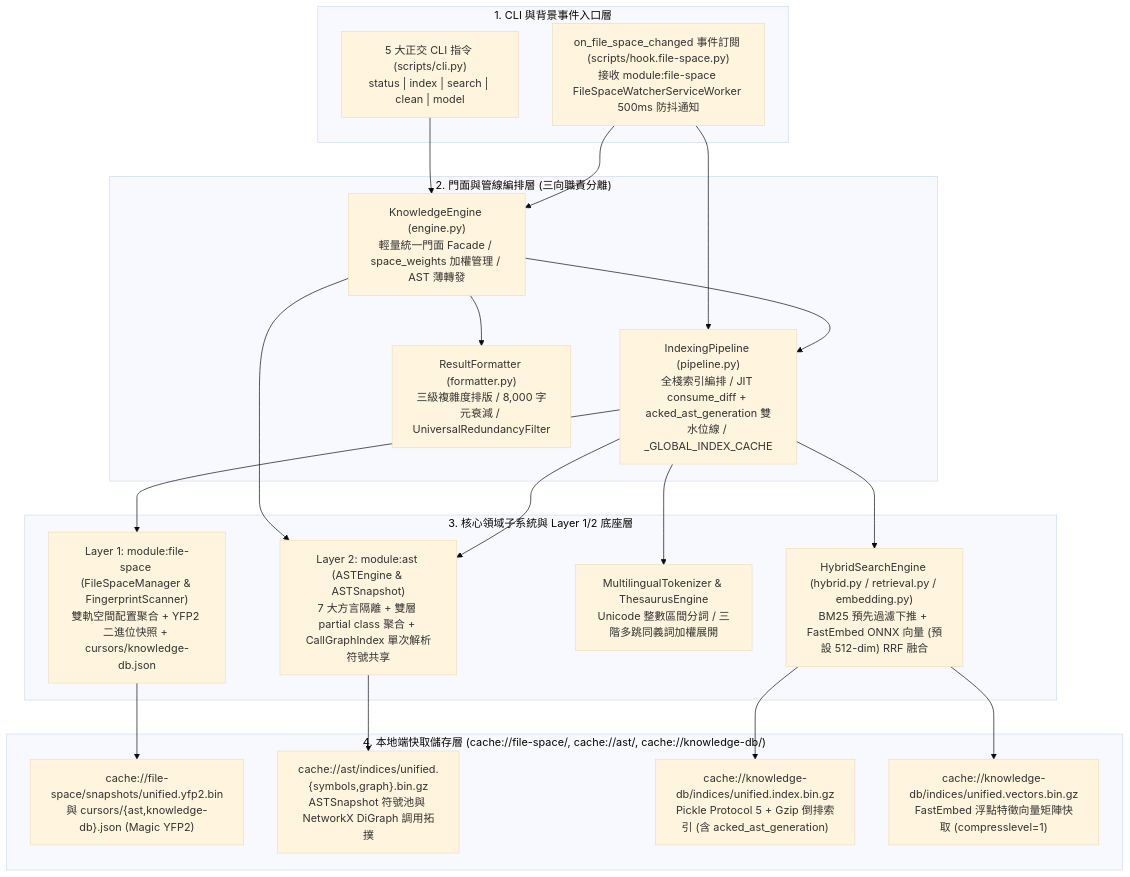
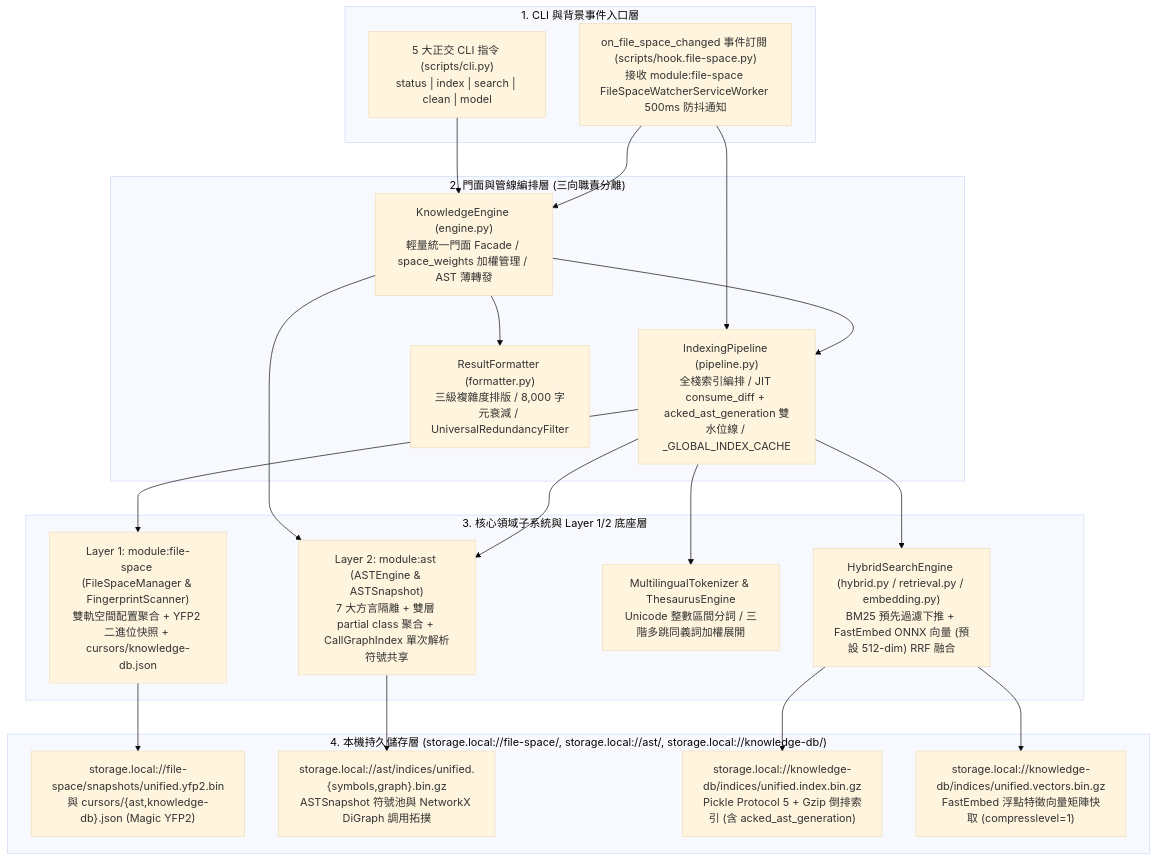
The first of 2 diagrams in docs/knowledge-db/architecture.md (ysnaive/ys-codebase), drawn with Mermaid (base theme) before and after one commit. The commit also changed other lines of this file and 120 other files, not shown here.

````diff
--- a/docs/knowledge-db/architecture.md
+++ b/docs/knowledge-db/architecture.md
@@ -32,35 +32,35 @@
 ```mermaid
 flowchart TD
     subgraph CLILayer ["1. CLI 與背景事件入口層"]
         CLI["5 大正交 CLI 指令 (scripts/cli.py)<br/>status | index | search | clean | model"]
         HookSpace["on_file_space_changed 事件訂閱 (scripts/hook.file-space.py)<br/>接收 module:file-space FileSpaceWatcherServiceWorker 500ms 防抖通知"]
     end
 
     subgraph FacadeLayer ["2. 門面與管線編排層 (三向職責分離)"]
         Engine["KnowledgeEngine (engine.py)<br/>輕量統一門面 Facade / space_weights 加權管理 / AST 薄轉發"]
         Pipeline["IndexingPipeline (pipeline.py)<br/>全棧索引編排 / JIT consume_diff + acked_ast_generation 雙水位線 / _GLOBAL_INDEX_CACHE"]
         Formatter["ResultFormatter (formatter.py)<br/>三級複雜度排版 / 8,000 字元衰減 / UniversalRedundancyFilter"]
     end
 
     subgraph CoreSubsystems ["3. 核心領域子系統與 Layer 1/2 底座層"]
         SpaceMod["Layer 1: module:file-space (FileSpaceManager & FingerprintScanner)<br/>雙軌空間配置聚合 + YFP2 二進位快照 + cursors/knowledge-db.json"]
         ASTMod["Layer 2: module:ast (ASTEngine & ASTSnapshot)<br/>7 大方言隔離 + 雙層 partial class 聚合 + CallGraphIndex 單次解析符號共享"]
         Tokenizer["MultilingualTokenizer & ThesaurusEngine<br/>Unicode 整數區間分詞 / 三階多跳同義詞加權展開"]
         Hybrid["HybridSearchEngine (hybrid.py / retrieval.py / embedding.py)<br/>BM25 預先過濾下推 + FastEmbed ONNX 向量 (預設 512-dim) RRF 融合"]
     end
 
-    subgraph StorageLayer ["4. 本地端快取儲存層 (cache://file-space/, cache://ast/, cache://knowledge-db/)"]
-        MetaBin["cache://file-space/snapshots/unified.yfp2.bin<br/>與 cursors/{ast,knowledge-db}.json (Magic YFP2)"]
-        ASTBin["cache://ast/indices/unified.{symbols,graph}.bin.gz<br/>ASTSnapshot 符號池與 NetworkX DiGraph 調用拓撲"]
-        IndexBin["cache://knowledge-db/indices/unified.index.bin.gz<br/>Pickle Protocol 5 + Gzip 倒排索引 (含 acked_ast_generation)"]
-        VecBin["cache://knowledge-db/indices/unified.vectors.bin.gz<br/>FastEmbed 浮點特徵向量矩陣快取 (compresslevel=1)"]
+    subgraph StorageLayer ["4. 本機持久儲存層 (storage.local://file-space/, storage.local://ast/, storage.local://knowledge-db/)"]
+        MetaBin["storage.local://file-space/snapshots/unified.yfp2.bin<br/>與 cursors/{ast,knowledge-db}.json (Magic YFP2)"]
+        ASTBin["storage.local://ast/indices/unified.{symbols,graph}.bin.gz<br/>ASTSnapshot 符號池與 NetworkX DiGraph 調用拓撲"]
+        IndexBin["storage.local://knowledge-db/indices/unified.index.bin.gz<br/>Pickle Protocol 5 + Gzip 倒排索引 (含 acked_ast_generation)"]
+        VecBin["storage.local://knowledge-db/indices/unified.vectors.bin.gz<br/>FastEmbed 浮點特徵向量矩陣快取 (compresslevel=1)"]
     end
 
     CLI --> Engine
     HookSpace --> Engine & Pipeline
     Engine --> Pipeline & ASTMod & Formatter
     Pipeline --> SpaceMod & ASTMod & Tokenizer & Hybrid
     SpaceMod --> MetaBin
     ASTMod --> ASTBin
     Hybrid --> IndexBin & VecBin
 ```
````
